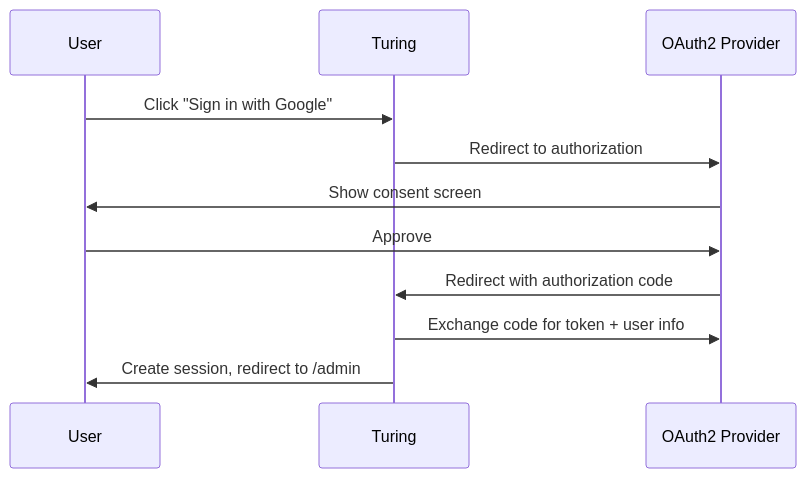
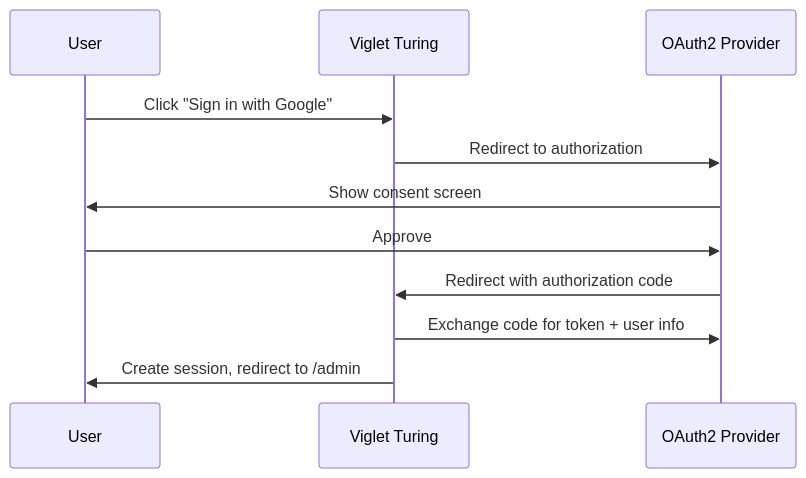
One commit to openviglet/turing changed the diagram in frontend/apps/docs/src/content/docs/security-social-login.md. Above: the diagram before and after it, drawn with Mermaid. The commit also changed other lines of this file and 69 other files, not shown here.

````diff
--- a/frontend/apps/docs/src/content/docs/security-social-login.md
+++ b/frontend/apps/docs/src/content/docs/security-social-login.md
@@ -13,14 +13,14 @@
 ```mermaid
 sequenceDiagram
     participant User
-    participant Turing
+    participant Turing as Viglet Turing
     participant OAuth2 Provider
 
     User->>Turing: Click "Sign in with Google"
     Turing->>OAuth2 Provider: Redirect to authorization
     OAuth2 Provider->>User: Show consent screen
     User->>OAuth2 Provider: Approve
     OAuth2 Provider->>Turing: Redirect with authorization code
     Turing->>OAuth2 Provider: Exchange code for token + user info
     Turing->>User: Create session, redirect to /admin
 ```
````
